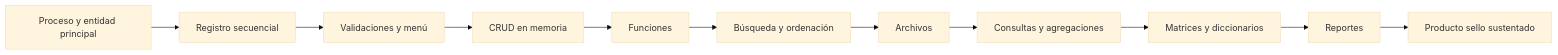
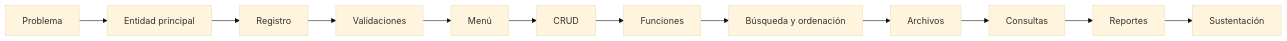
One commit to 262fp/market-cli changed the diagram in docs/proyecto-sello/index.md. Above: the diagram before and after it, drawn with Mermaid (base theme). The commit also changed other lines of this file, not shown here.

````diff
--- a/docs/proyecto-sello/index.md
+++ b/docs/proyecto-sello/index.md
@@ -307,13 +63,14 @@
 ```mermaid
 flowchart LR
-    A[Proceso y entidad principal] --> B[Registro secuencial]
-    B --> C[Validaciones y menú]
-    C --> D[CRUD en memoria]
-    D --> E[Funciones]
-    E --> F[Búsqueda y ordenación]
-    F --> G[Archivos]
-    G --> H[Consultas y agregaciones]
-    H --> I[Matrices y diccionarios]
-    I --> J[Reportes]
-    J --> K[Producto sello sustentado]
+    A[Problema] --> B[Entidad principal]
+    B --> C[Registro]
+    C --> D[Validaciones]
+    D --> E[Menú]
+    E --> F[CRUD]
+    F --> G[Funciones]
+    G --> H[Búsqueda y ordenación]
+    H --> I[Archivos]
+    I --> J[Consultas]
+    J --> K[Reportes]
+    K --> L[Sustentación]
 ```
````
